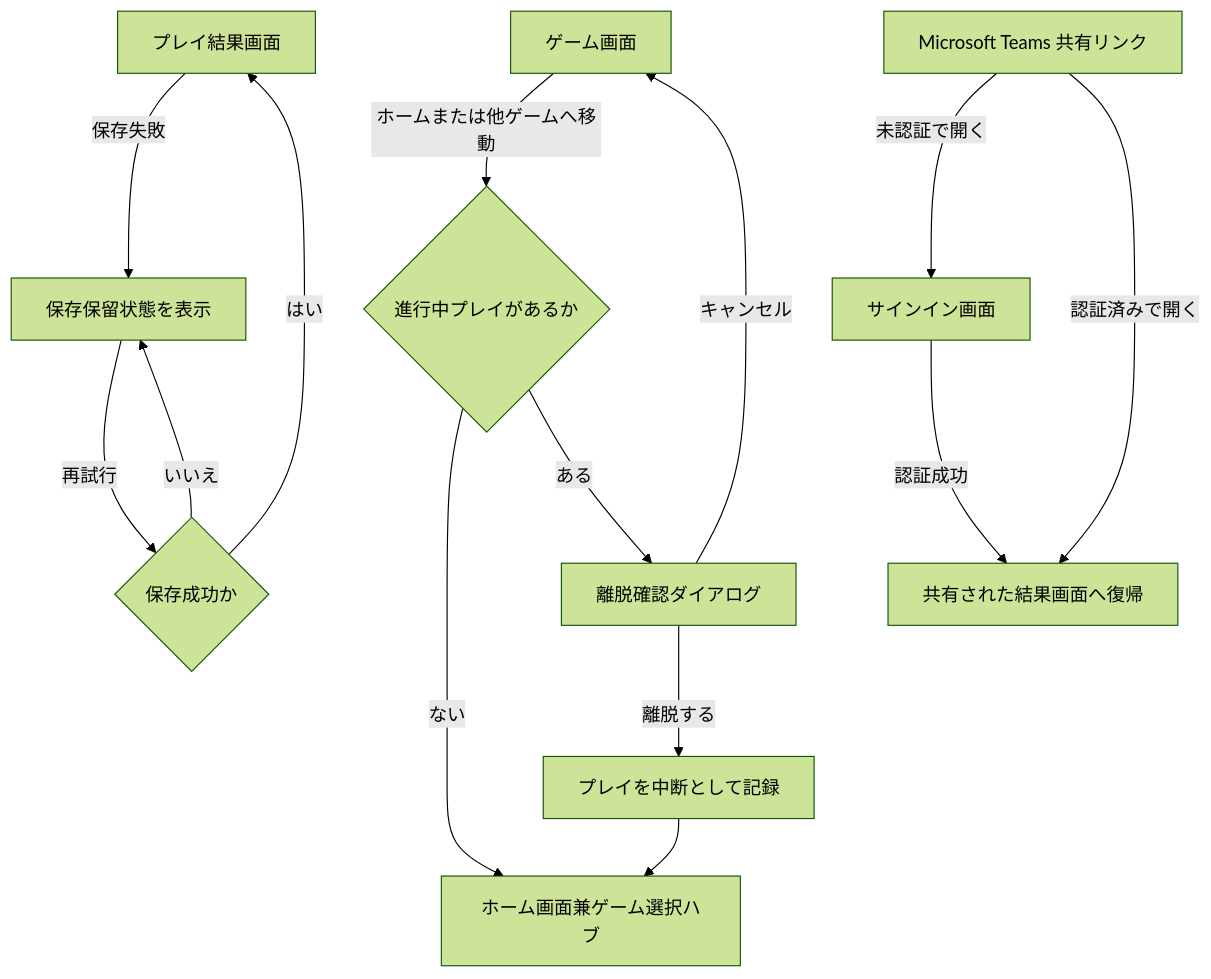
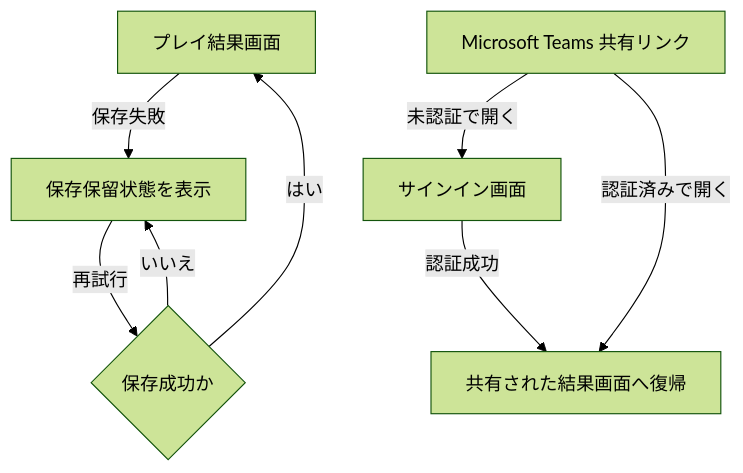
One commit to anaregdesign/arcade-spac changed the second of 2 diagrams in docs/spec/screen-flow.md. Above: the diagram before and after it, drawn with Mermaid (forest theme). The commit also changed other lines of this file and 15 other files, not shown here.

````diff
--- a/docs/spec/screen-flow.md
+++ b/docs/spec/screen-flow.md
@@ -89,18 +83,11 @@
 ```mermaid
 flowchart TD
-    D[ゲーム画面] -->|ホームまたは他ゲームへ移動| X{進行中プレイがあるか}
-    X -->|ない| C[ホーム画面兼ゲーム選択ハブ]
-    X -->|ある| Y[離脱確認ダイアログ]
-    Y -->|キャンセル| D
-    Y -->|離脱する| Z[プレイを中断として記録]
-    Z --> C
-
     G[プレイ結果画面] -->|保存失敗| P[保存保留状態を表示]
     P -->|再試行| Q{保存成功か}
     Q -->|はい| G
     Q -->|いいえ| P
 
     T[Microsoft Teams 共有リンク] -->|未認証で開く| U[サインイン画面]
     U -->|認証成功| V[共有された結果画面へ復帰]
     T -->|認証済みで開く| V
 ```
````
